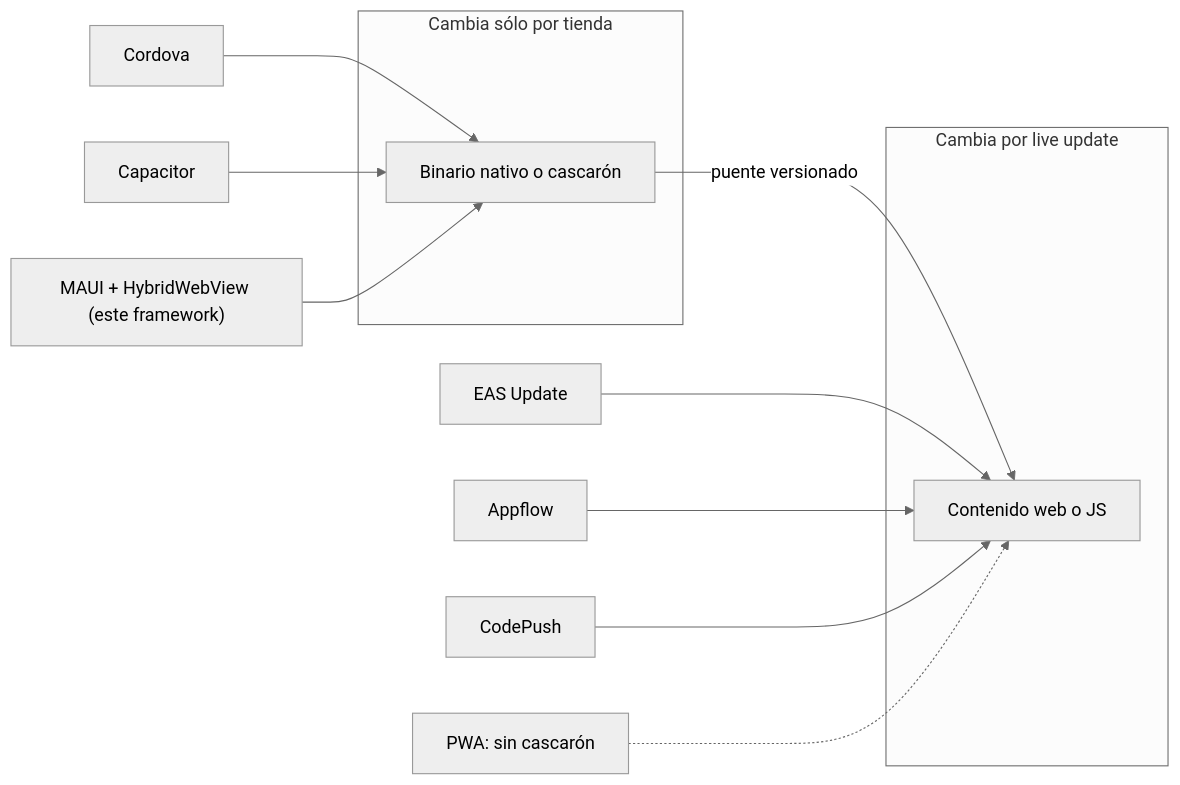
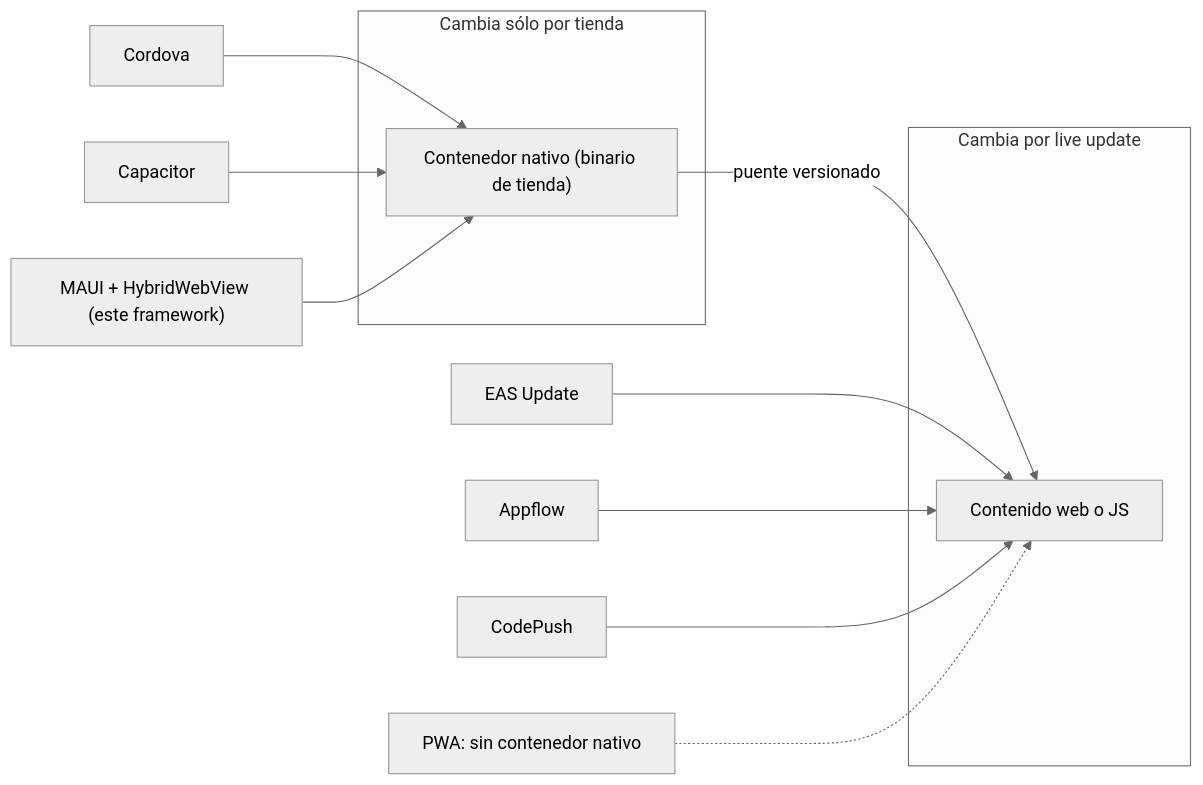
One commit to hdcm-dev/Lab-Documentos changed diagram 27 of 27 in Concepts/Framework-Concept/MAUI-Framework-Developer-Guide.md. Above: the diagram before and after it, drawn with Mermaid (neutral theme). The commit also changed other lines of this file and 10 other files, not shown here.

First line of the commit message:
Framework-Concept: «cascarón» → «contenedor nativo» (ADR-0001) y pauta Apple 4.7.2

````diff
--- a/Concepts/Framework-Concept/MAUI-Framework-Developer-Guide.md
+++ b/Concepts/Framework-Concept/MAUI-Framework-Developer-Guide.md
@@ -2404,17 +2404,17 @@
 ```mermaid
 flowchart LR
   subgraph Tienda["Cambia sólo por tienda"]
-    B["Binario nativo o cascarón"]
+    B["Contenedor nativo (binario de tienda)"]
   end
   subgraph OTA["Cambia por live update"]
     C["Contenido web o JS"]
   end
   B -->|puente versionado| C
   Cordova --> B
   Capacitor --> B
   FC["MAUI + HybridWebView (este framework)"] --> B
   EAS["EAS Update"] --> C
   Appflow --> C
   CodePush --> C
-  PWA["PWA: sin cascarón"] -.-> C
+  PWA["PWA: sin contenedor nativo"] -.-> C
 ```
````
